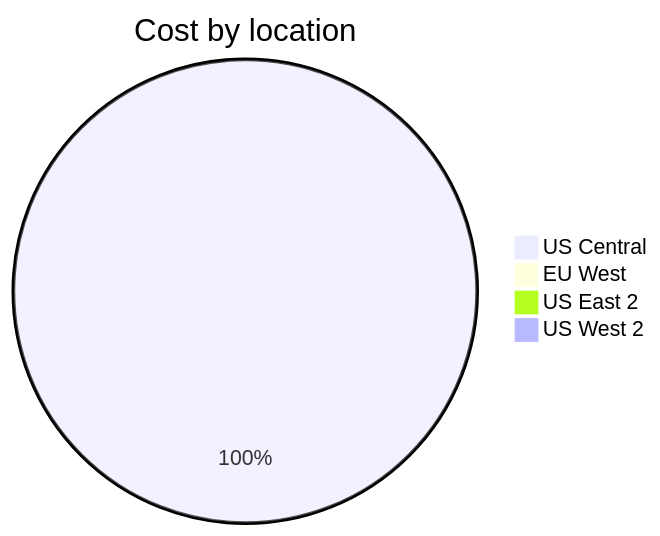
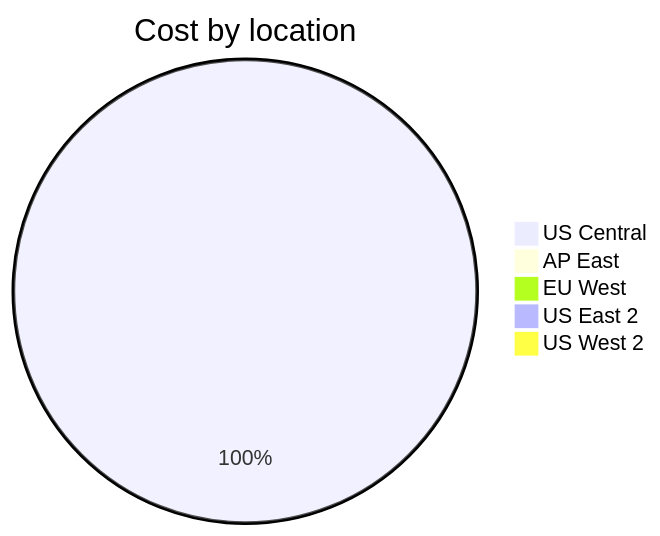
The third of 4 diagrams in cost-reports/personal-site/README.md (jpfulton/azure-personal-reports), drawn with Mermaid before and after one commit. The commit also changed other lines of this file and 6 other files, not shown here.

````diff
--- a/cost-reports/personal-site/README.md
+++ b/cost-reports/personal-site/README.md
@@ -116,8 +119,9 @@
 ```mermaid
 pie
    title Cost by location
-   "US Central" : 0.42
+   "US Central" : 0.99
+   "AP East" : 0.00
    "EU West" : 0.00
    "US East 2" : 0.00
    "US West 2" : 0.00
 ```
````
